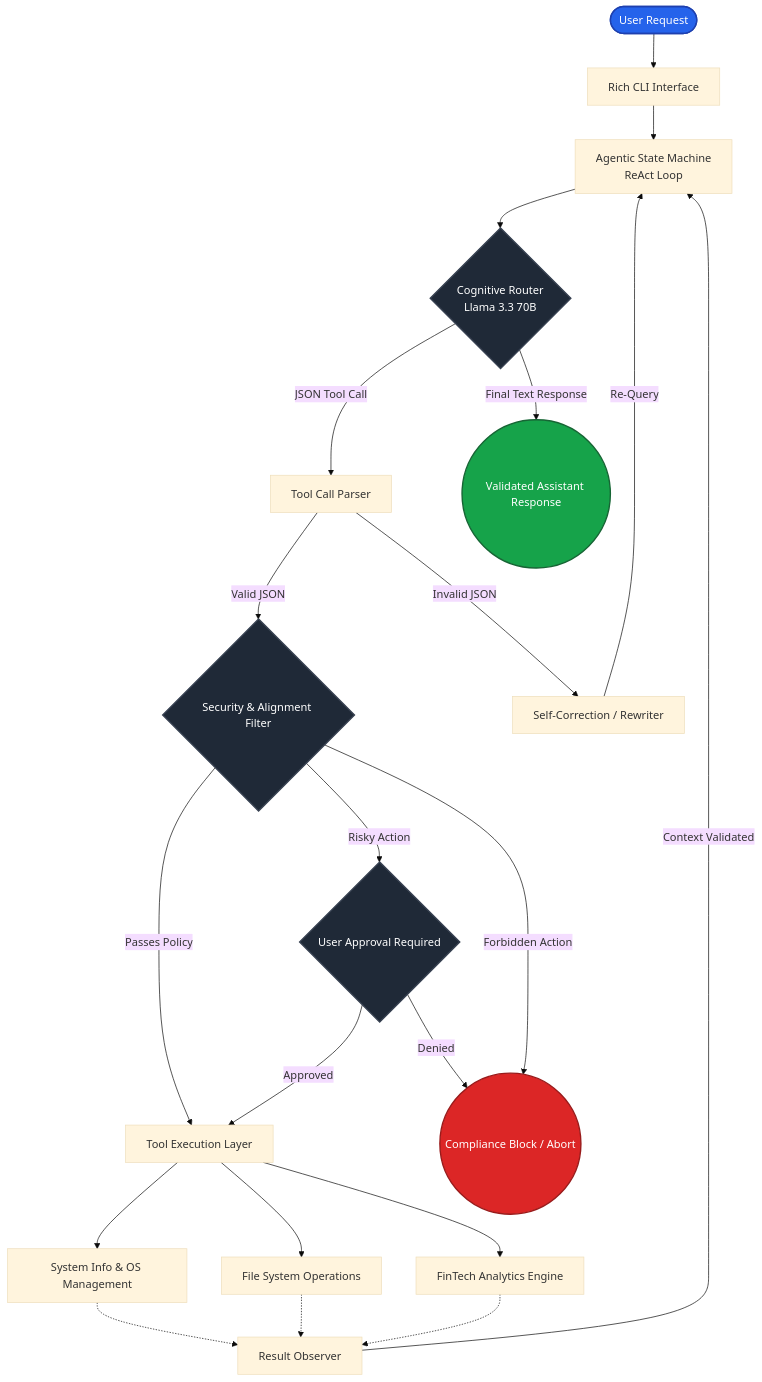
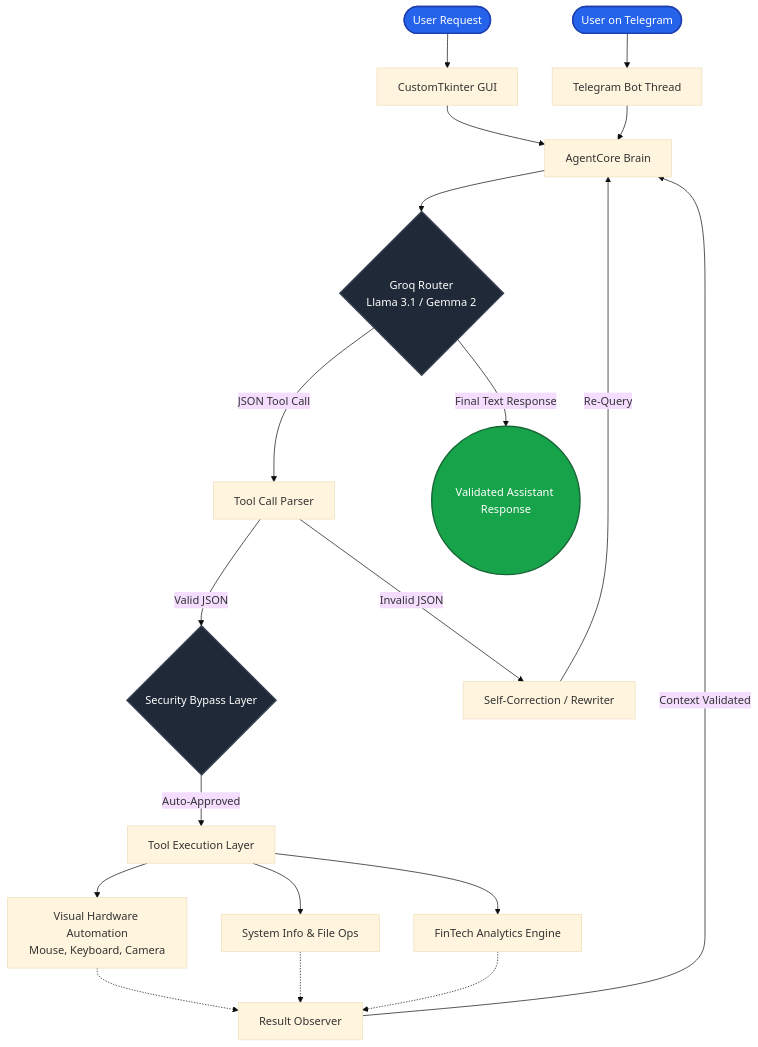
The diagram in README.md (khelanaramadhan-max/WINDOWS-AI-AGENT-SYSTEM), drawn with Mermaid (base theme) before and after one commit. The commit also changed other lines of this file and 1 other file, not shown here.

````diff
--- a/README.md
+++ b/README.md
@@ -69,41 +75,39 @@
 ```mermaid
 graph TD
-    User([User Request]) --> UI[Rich CLI Interface]
-    UI --> Agent[Agentic State Machine <br/> ReAct Loop]
+    User([User Request]) --> GUI[CustomTkinter GUI]
+    UserPhone([User on Telegram]) --> Telegram[Telegram Bot Thread]
     
-    Agent --> LLM{Cognitive Router <br/> Llama 3.3 70B}
+    GUI --> Core[AgentCore Brain]
+    Telegram --> Core
+    
+    Core --> LLM{Groq Router <br/> Llama 3.1 / Gemma 2}
     
     LLM -- JSON Tool Call --> Parser[Tool Call Parser]
     
-    Parser -- Valid JSON --> Security{Security & Alignment Filter}
+    Parser -- Valid JSON --> Security{Security Bypass Layer}
     Parser -- Invalid JSON --> SelfCorrect[Self-Correction / Rewriter]
-    SelfCorrect -- Re-Query --> Agent
+    SelfCorrect -- Re-Query --> Core
     
-    Security -- Passes Policy --> ToolExecution[Tool Execution Layer]
-    Security -- Risky Action --> Approval{User Approval Required}
-    Approval -- Approved --> ToolExecution
-    Approval -- Denied --> ComplianceBlock((Compliance Block / Abort))
-    Security -- Forbidden Action --> ComplianceBlock
+    Security -- Auto-Approved --> ToolExecution[Tool Execution Layer]
     
-    ToolExecution --> T1[System Info & OS Management]
-    ToolExecution --> T2[File System Operations]
+    ToolExecution --> T1[Visual Hardware Automation<br>Mouse, Keyboard, Camera]
+    ToolExecution --> T2[System Info & File Ops]
     ToolExecution --> T3[FinTech Analytics Engine]
     
     T1 -.-> Observer
     T2 -.-> Observer
     T3 -.-> Observer
     
-    Observer[Result Observer] -- Context Validated --> Agent
+    Observer[Result Observer] -- Context Validated --> Core
     
     LLM -- Final Text Response --> FinalOutput((Validated Assistant Response))
     
     classDef blue fill:#2563eb,stroke:#1e40af,stroke-width:2px,color:#fff
     classDef green fill:#16a34a,stroke:#166534,stroke-width:2px,color:#fff
     classDef red fill:#dc2626,stroke:#991b1b,stroke-width:2px,color:#fff
     classDef diamond fill:#1f2937,stroke:#374151,stroke-width:2px,color:#fff
     
-    class User blue
+    class User,UserPhone blue
     class FinalOutput green
-    class ComplianceBlock red
-    class LLM,Security,Approval diamond
+    class LLM,Security diamond
 ```
````
